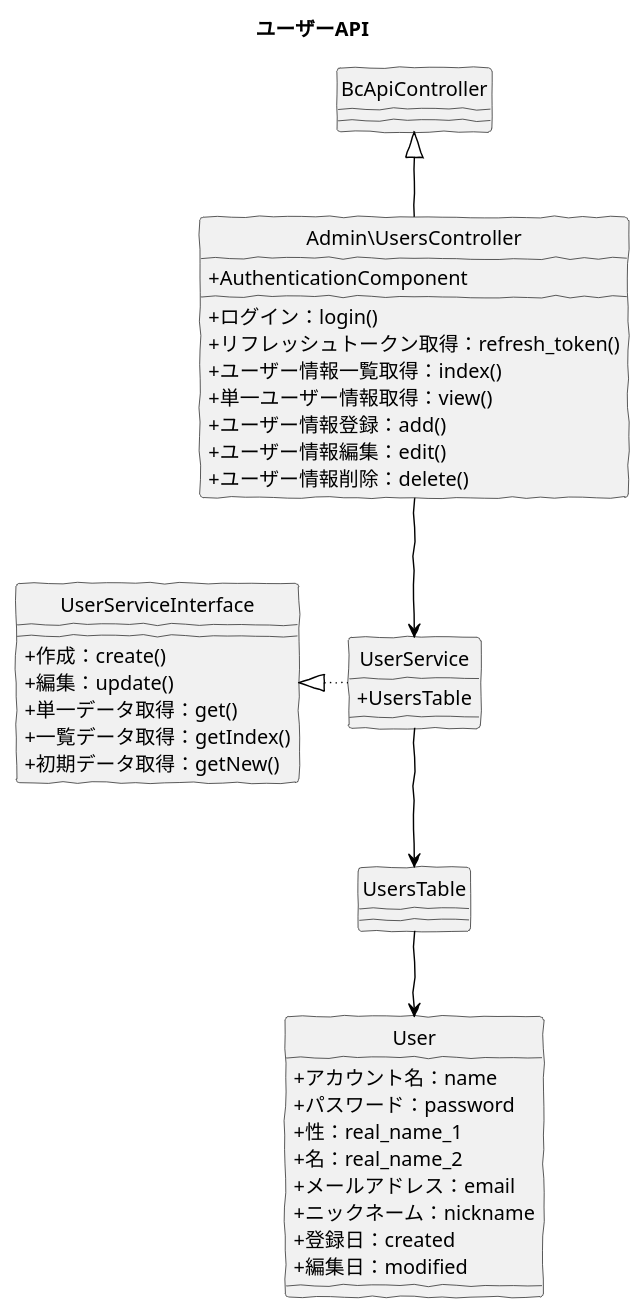
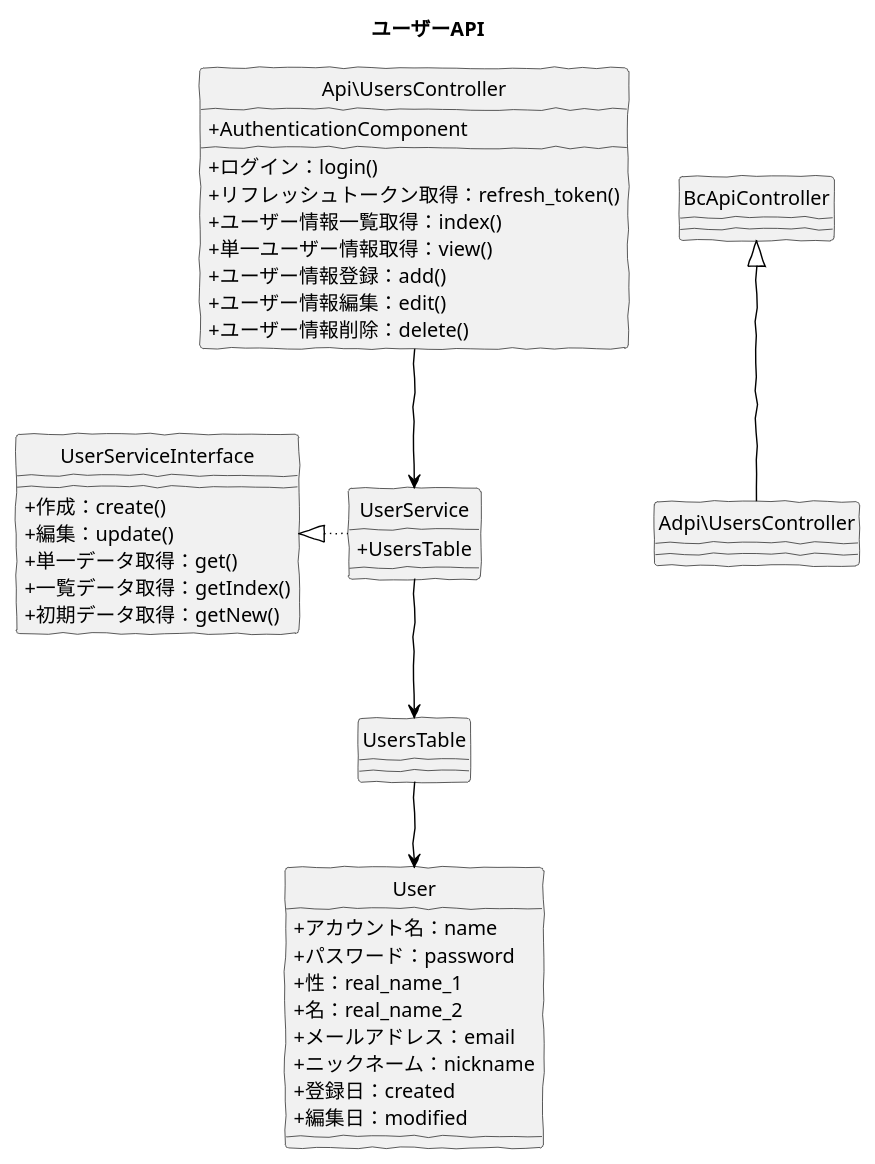
One commit to baserproject/baserproject.github.io changed the diagram in src/puml/5/ucmitz/class/api_users.puml. Above: the diagram before and after it, drawn with PlantUML. The commit also changed 12 other files, not shown here.

```diff
--- a/src/puml/5/ucmitz/class/api_users.puml
+++ b/src/puml/5/ucmitz/class/api_users.puml
@@ -1,51 +1,51 @@
 @startuml
 skinparam handwritten true
 hide circle
 skinparam classAttributeIconSize 0
 
 title ユーザーAPI
 
-class Admin\UsersController {
+class Api\UsersController {
   + AuthenticationComponent
   + ログイン：login()
   + リフレッシュトークン取得：refresh_token()
   + ユーザー情報一覧取得：index()
   + 単一ユーザー情報取得：view()
   + ユーザー情報登録：add()
   + ユーザー情報編集：edit()
   + ユーザー情報削除：delete()
 }
 
 class UserService {
   + UsersTable
 }
 
 class UserServiceInterface {
   + 作成：create()
   + 編集：update()
   + 単一データ取得：get()
   + 一覧データ取得：getIndex()
   + 初期データ取得：getNew()
 }
 
 class UsersTable {
 }
 
 class User {
    + アカウント名：name
    + パスワード：password
    + 性：real_name_1
    + 名：real_name_2
    + メールアドレス：email
    + ニックネーム：nickname
    + 登録日：created
    + 編集日：modified
 }
 
-Admin\UsersController -down[#Black]-> UserService
-Admin\UsersController -up[#Black]-|> BcApiController
+Api\UsersController -down[#Black]-> UserService
+Adpi\UsersController -up[#Black]-|> BcApiController
 UserService -left[dotted,#Black]-|> UserServiceInterface
 UserService -down[#Black]-> UsersTable
 UsersTable -down[#Black]-> User
 
 @enduml
```
